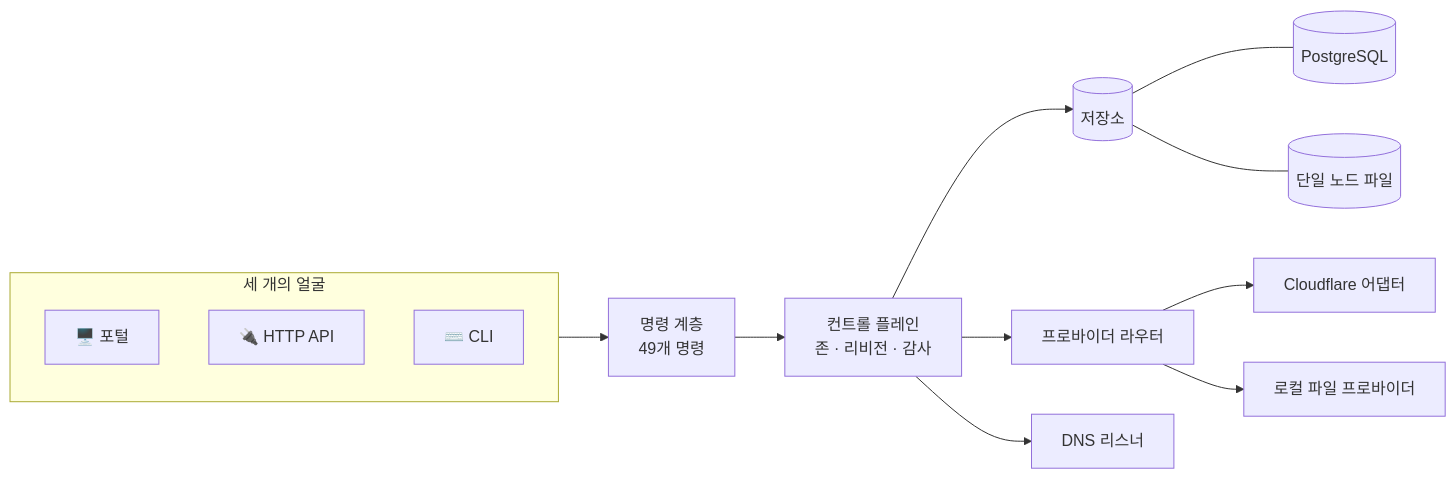
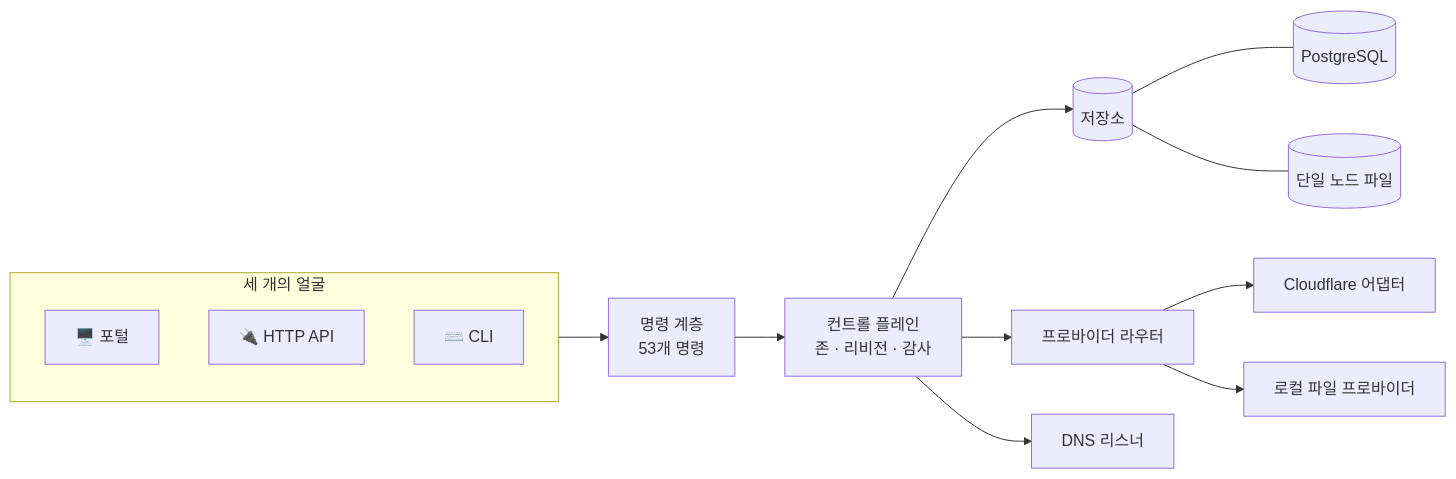
The second of 3 diagrams in README.ko.md (henryj-dev/parallax), drawn with Mermaid before and after one commit. The commit also changed other lines of this file and 45 other files, not shown here.

````diff
--- a/README.ko.md
+++ b/README.ko.md
@@ -202,21 +203,21 @@
 ```mermaid
 flowchart LR
     subgraph faces["세 개의 얼굴"]
         P["🖥️ 포털"]
         A["🔌 HTTP API"]
         C["⌨️ CLI"]
     end
 
-    faces --> CMD["명령 계층<br/>49개 명령"]
+    faces --> CMD["명령 계층<br/>53개 명령"]
     CMD --> CP["컨트롤 플레인<br/>존 · 리비전 · 감사"]
 
     CP --> ST[("저장소")]
     CP --> RT["프로바이더 라우터"]
 
     ST --- PG[("PostgreSQL")]
     ST --- FS[("단일 노드 파일")]
 
     RT --> CFA["Cloudflare 어댑터"]
     RT --> LOC["로컬 파일 프로바이더"]
     CP --> DNS["DNS 리스너"]
 ```
````
